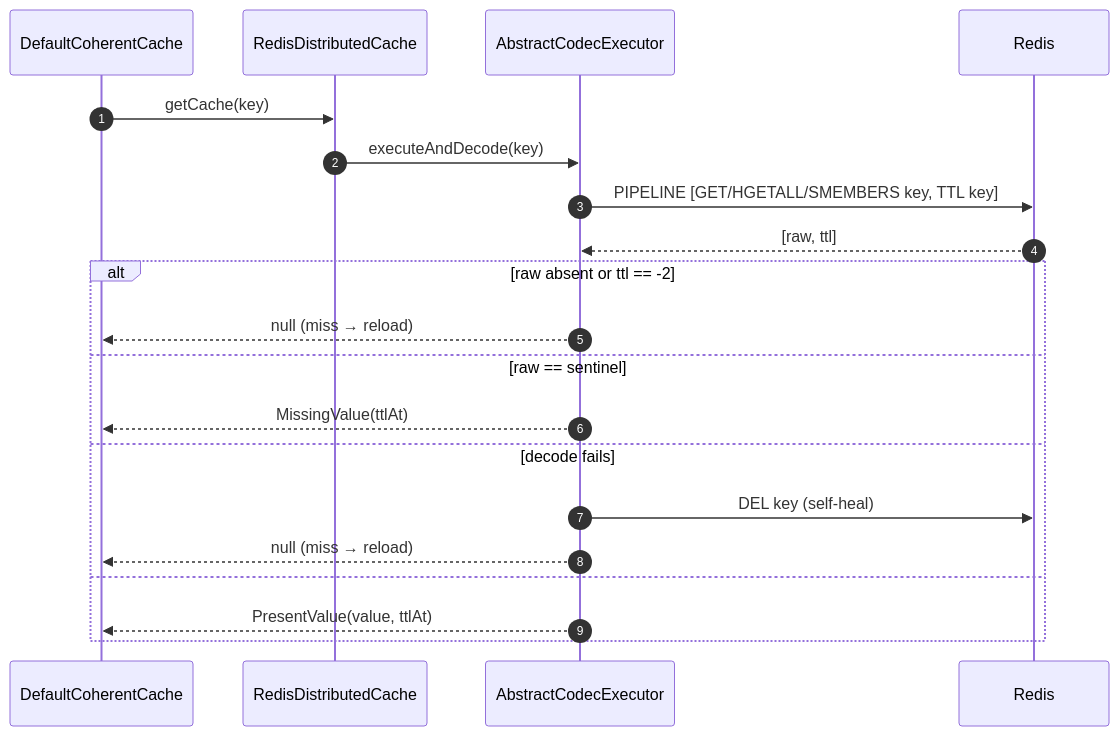
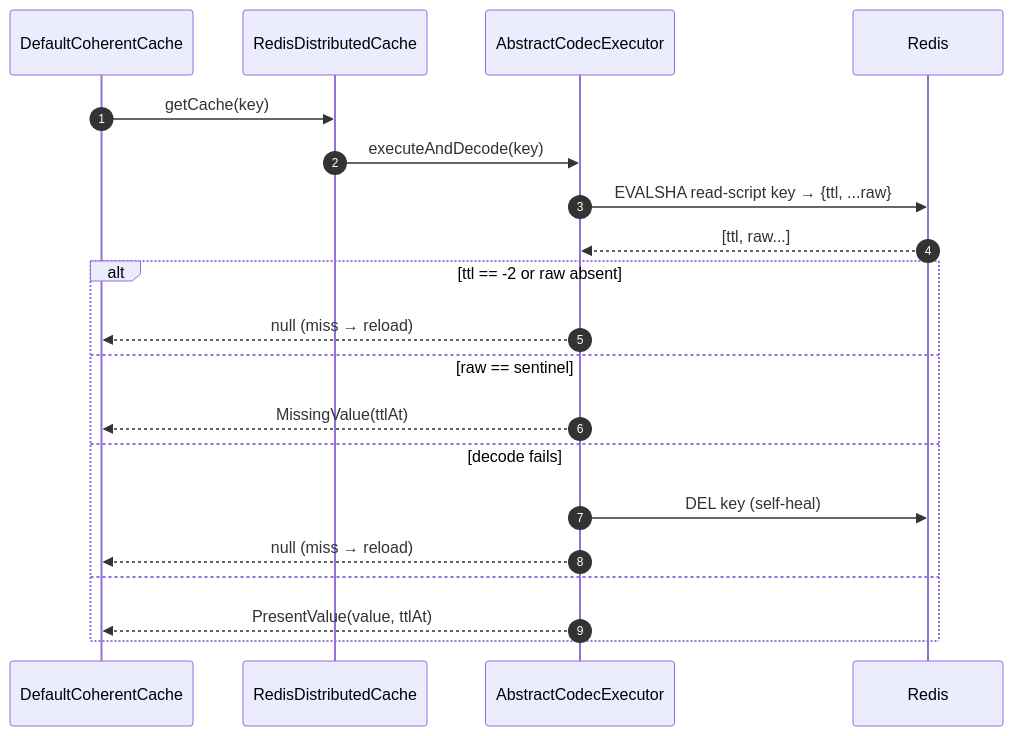
Before and after one commit to Ahoo-Wang/CoCache: the third of 4 diagrams in wiki/architecture/cache-layers.md, drawn with Mermaid. The commit also changed other lines of this file and 45 other files, not shown here.

````diff
--- a/wiki/architecture/cache-layers.md
+++ b/wiki/architecture/cache-layers.md
@@ -89,23 +89,23 @@
 ```mermaid
 sequenceDiagram
 autonumber
     participant CC as DefaultCoherentCache
     participant DC as RedisDistributedCache
     participant CE as AbstractCodecExecutor
     participant R as Redis
 
     CC->>DC: getCache(key)
     DC->>CE: executeAndDecode(key)
-    CE->>R: PIPELINE [GET/HGETALL/SMEMBERS key, TTL key]
-    R-->>CE: [raw, ttl]
-    alt raw absent or ttl == -2
+    CE->>R: EVALSHA read-script key → {ttl, ...raw}
+    R-->>CE: [ttl, raw...]
+    alt ttl == -2 or raw absent
         CE-->>CC: null (miss → reload)
     else raw == sentinel
         CE-->>CC: MissingValue(ttlAt)
     else decode fails
         CE->>R: DEL key (self-heal)
         CE-->>CC: null (miss → reload)
     else
         CE-->>CC: PresentValue(value, ttlAt)
     end
 ```
````
